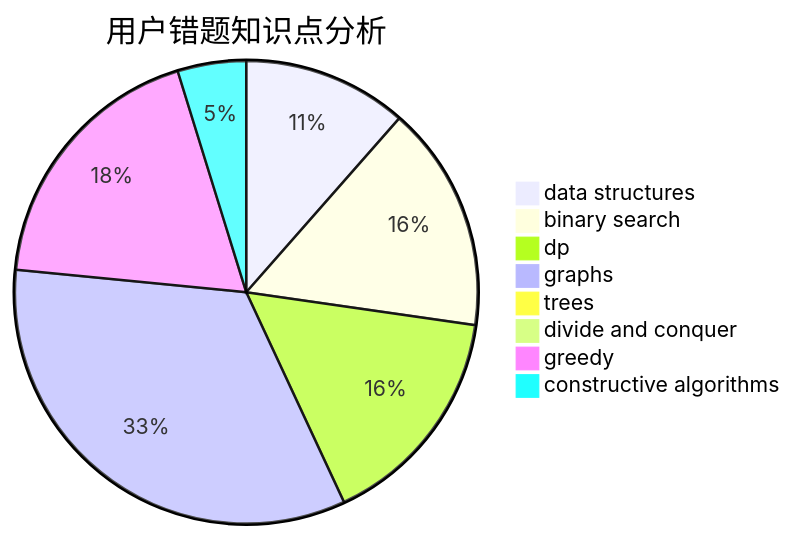
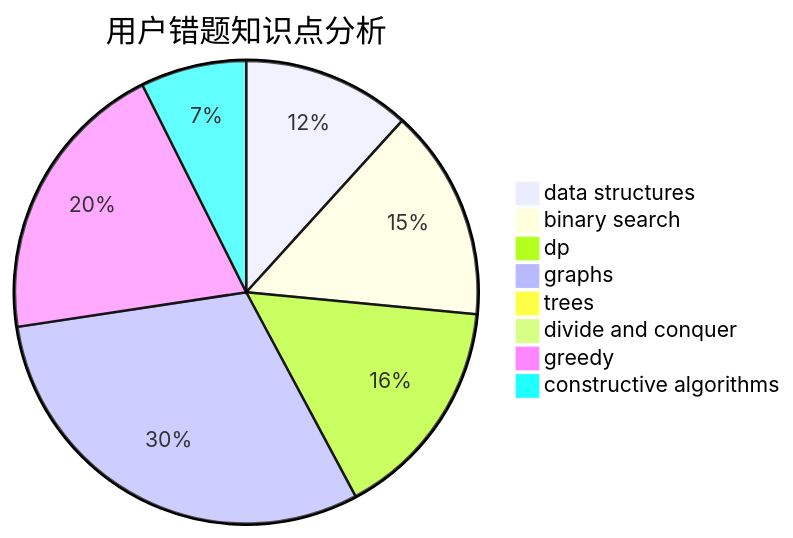
The third of 3 diagrams in docs/user/u832.md (sherpahu/cfrs.github.io), drawn with Mermaid before and after one commit. The commit also changed other lines of this file and 2770 other files, not shown here.

````diff
--- a/docs/user/u832.md
+++ b/docs/user/u832.md
@@ -36,11 +36,11 @@
 ```mermaid
 pie title 用户错题知识点分析
-    "data structures" :  24
-    "binary search" :  33
-    "dp" :  33
+    "data structures" :  27
+    "binary search" :  34
+    "dp" :  36
     "graphs" :  70
     "trees" :  2
     "divide and conquer" :  0
-    "greedy" :  39
-    "constructive algorithms" :  10
+    "greedy" :  46
+    "constructive algorithms" :  17
 ```
````
